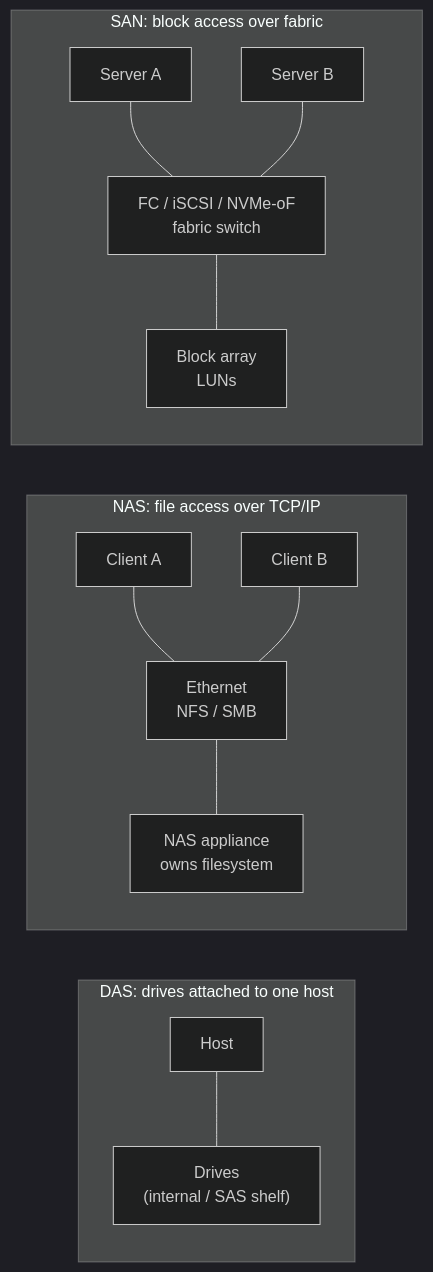
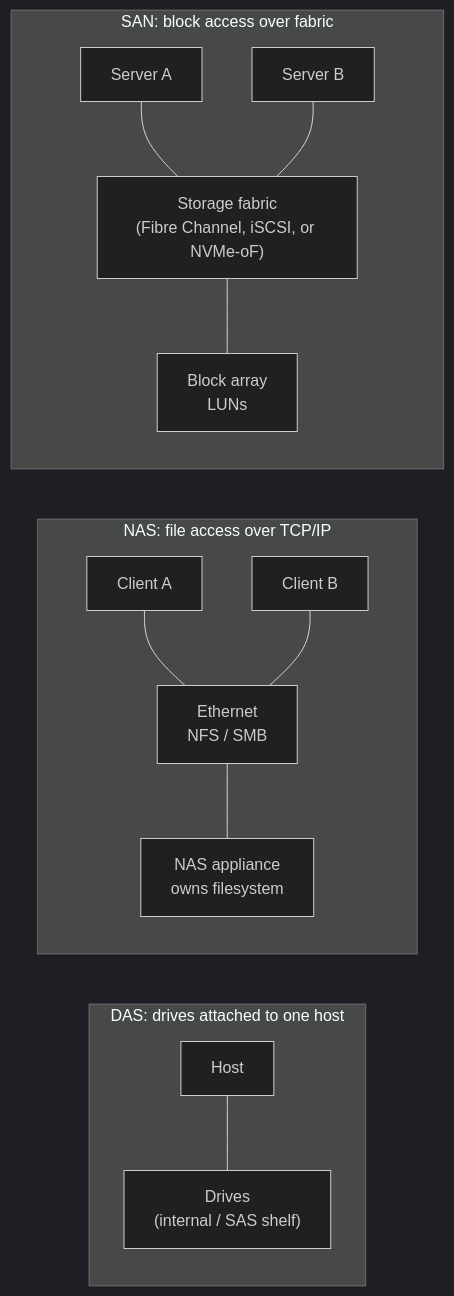
Before and after one commit to adulbrich/cs312: the third of 7 diagrams in src/content/docs/lectures/on-premises-infrastructure.mdx, drawn with Mermaid (dark theme). The commit also changed other lines of this file and 5 other files, not shown here.

````diff
--- a/src/content/docs/lectures/on-premises-infrastructure.mdx
+++ b/src/content/docs/lectures/on-premises-infrastructure.mdx
@@ -163,26 +180,26 @@
 ```mermaid
 flowchart LR
   subgraph DAS["DAS: drives attached to one host"]
     DH["Host"]
     DD["Drives\n(internal / SAS shelf)"]
     DH --- DD
   end
   subgraph NAS["NAS: file access over TCP/IP"]
     NH1["Client A"]
     NH2["Client B"]
     NET1["Ethernet\nNFS / SMB"]
     NBOX["NAS appliance\nowns filesystem"]
     NH1 --- NET1
     NH2 --- NET1
     NET1 --- NBOX
   end
   subgraph SAN["SAN: block access over fabric"]
     SH1["Server A"]
     SH2["Server B"]
-    FAB["FC / iSCSI / NVMe-oF\nfabric switch"]
+    FAB["Storage fabric\n(Fibre Channel, iSCSI, or NVMe-oF)"]
     SARR["Block array\nLUNs"]
     SH1 --- FAB
     SH2 --- FAB
     FAB --- SARR
   end
 ```
````
